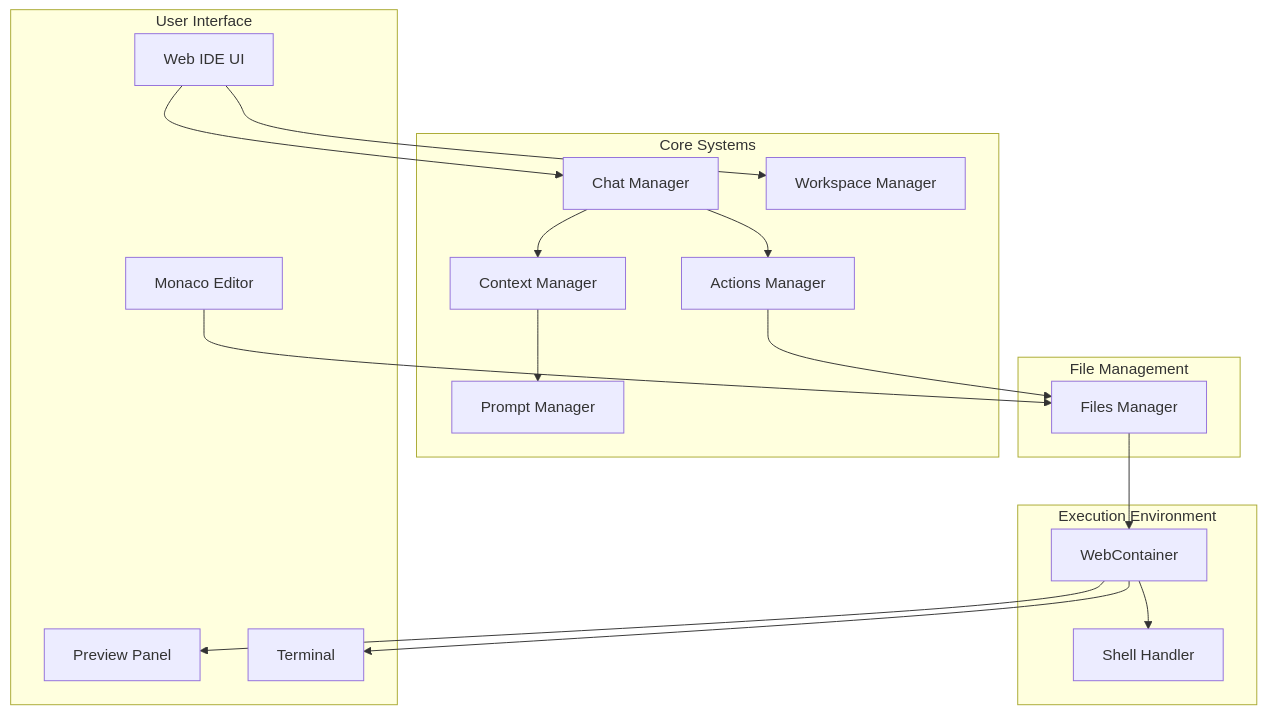
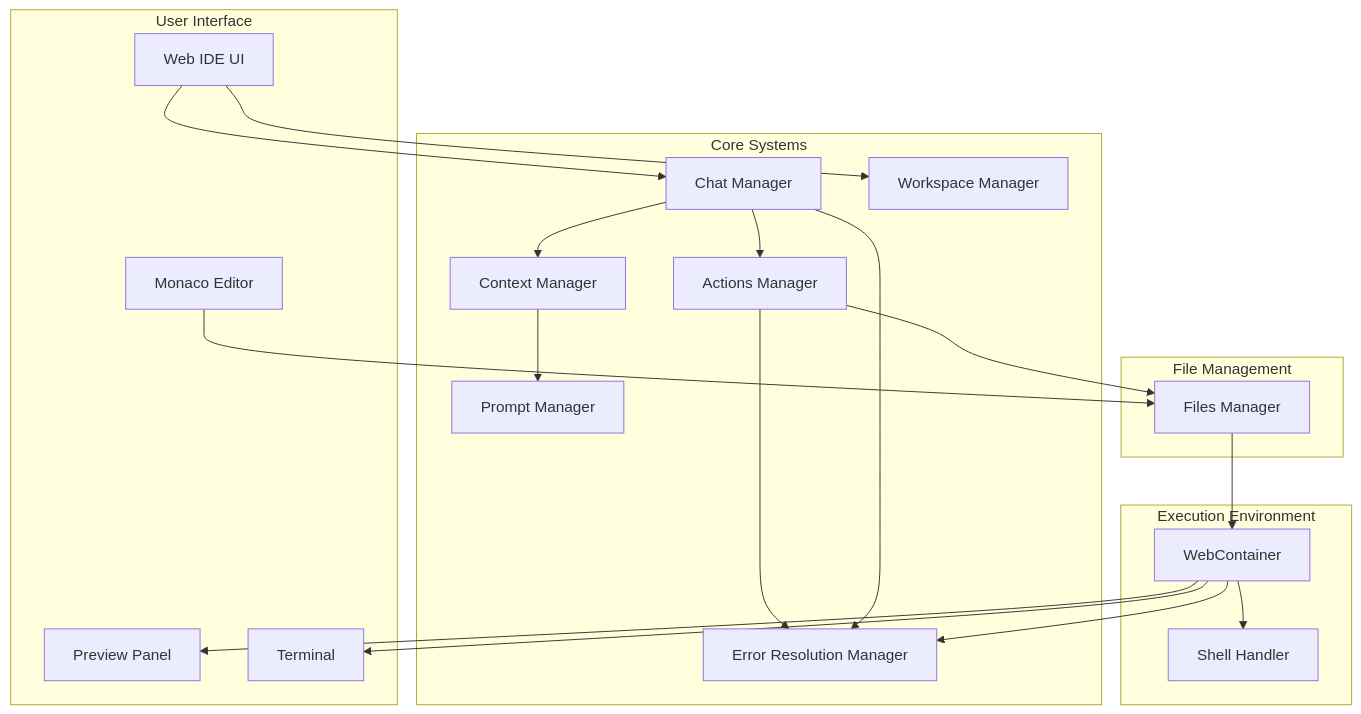
Before and after one commit to mrsimpson/piddie: the first of 17 diagrams in architecture.md, drawn with Mermaid. The commit also changed other lines of this file and 1 other file, not shown here.

Commit message:
Add error resolution to high level architecture

````diff
--- a/architecture.md
+++ b/architecture.md
@@ -24,41 +24,46 @@
 ```mermaid
 graph TD
     subgraph "User Interface"
         UI[Web IDE UI]
         ED[Monaco Editor]
         PV[Preview Panel]
         TR[Terminal]
     end
 
     subgraph "Core Systems"
         CHM[Chat Manager]
         CM[Context Manager]
         PM[Prompt Manager]
         AM[Actions Manager]
         WM[Workspace Manager]
+        ERM[Error Resolution Manager]
     end
 
     subgraph "File Management"
         FM[Files Manager]
     end
 
     subgraph "Execution Environment"
         WC[WebContainer]
         SH[Shell Handler]
     end
 
     UI --> CHM
     UI --> WM
     ED --> FM
     
     CHM --> CM
     CM --> PM
     CHM --> AM
     AM --> FM
     
     FM --> WC
     
     WC --> SH
     WC --> PV
     WC --> TR
+    
+    WC --> ERM
+    AM --> ERM
+    CHM --> ERM
 ```
````
